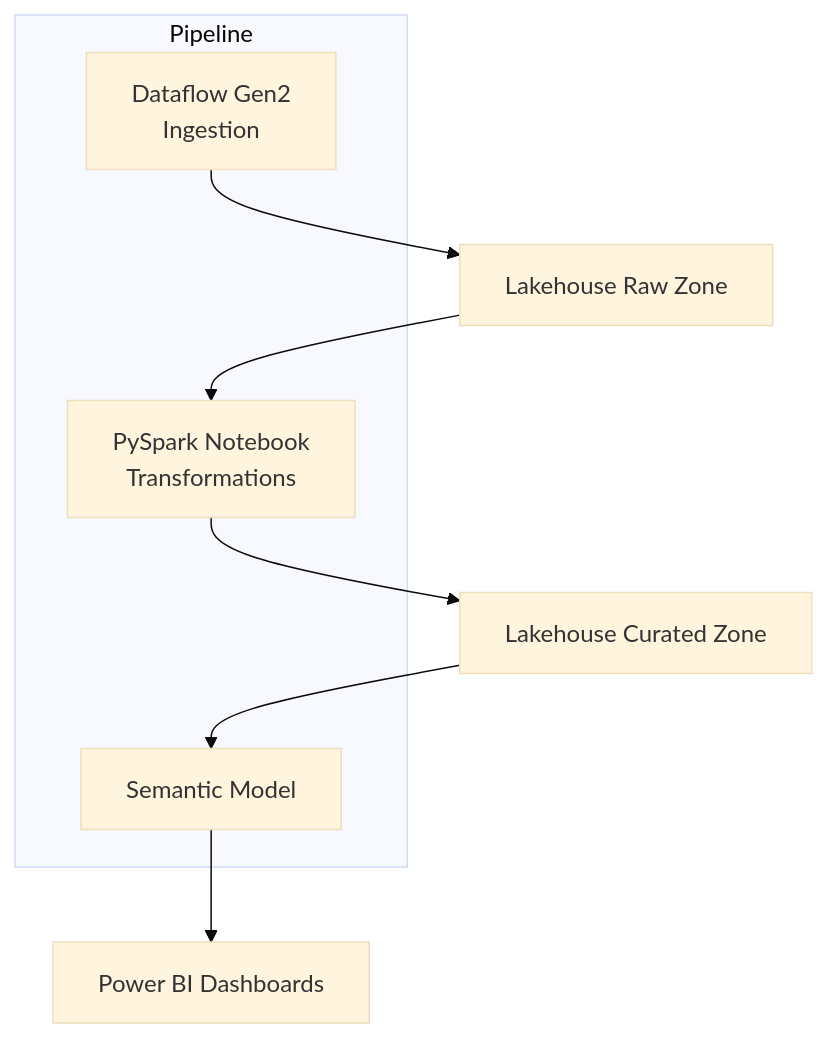
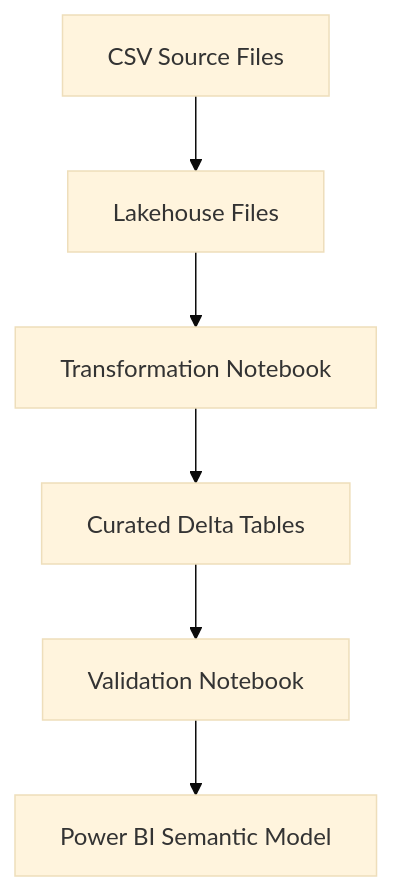
One commit to Dalbee/energy-analytics-fabric-bi changed the diagram in projects/project2-fabric-pipeline/README.md. Above: the diagram before and after it, drawn with Mermaid (base theme). The commit also changed other lines of this file and 11 other files, not shown here.

````diff
--- a/projects/project2-fabric-pipeline/README.md
+++ b/projects/project2-fabric-pipeline/README.md
@@ -37,14 +38,8 @@
 ```mermaid
 flowchart TD
-    A[Dataflow Gen2<br/>Ingestion] --> B[Lakehouse Raw Zone]
-    B --> C[PySpark Notebook<br/>Transformations]
-    C --> D[Lakehouse Curated Zone]
-    D --> E[Semantic Model]
-    E --> F[Power BI Dashboards]
-
-    subgraph Pipeline
-        A
-        C
-        E
-    end
+    A[CSV Source Files] --> B[Lakehouse Files]
+    B --> C[Transformation Notebook]
+    C --> D[Curated Delta Tables]
+    D --> E[Validation Notebook]
+    E --> F[Power BI Semantic Model]
 ```
````
